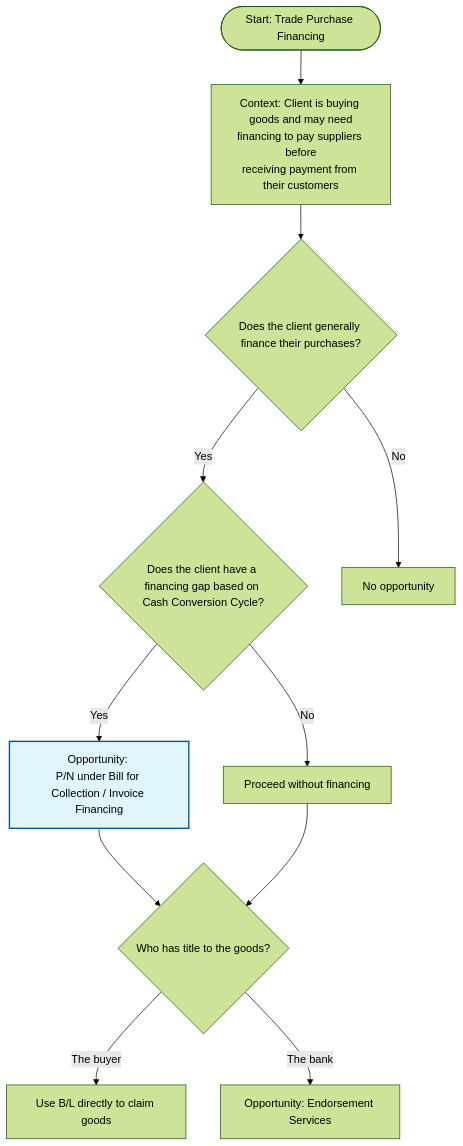
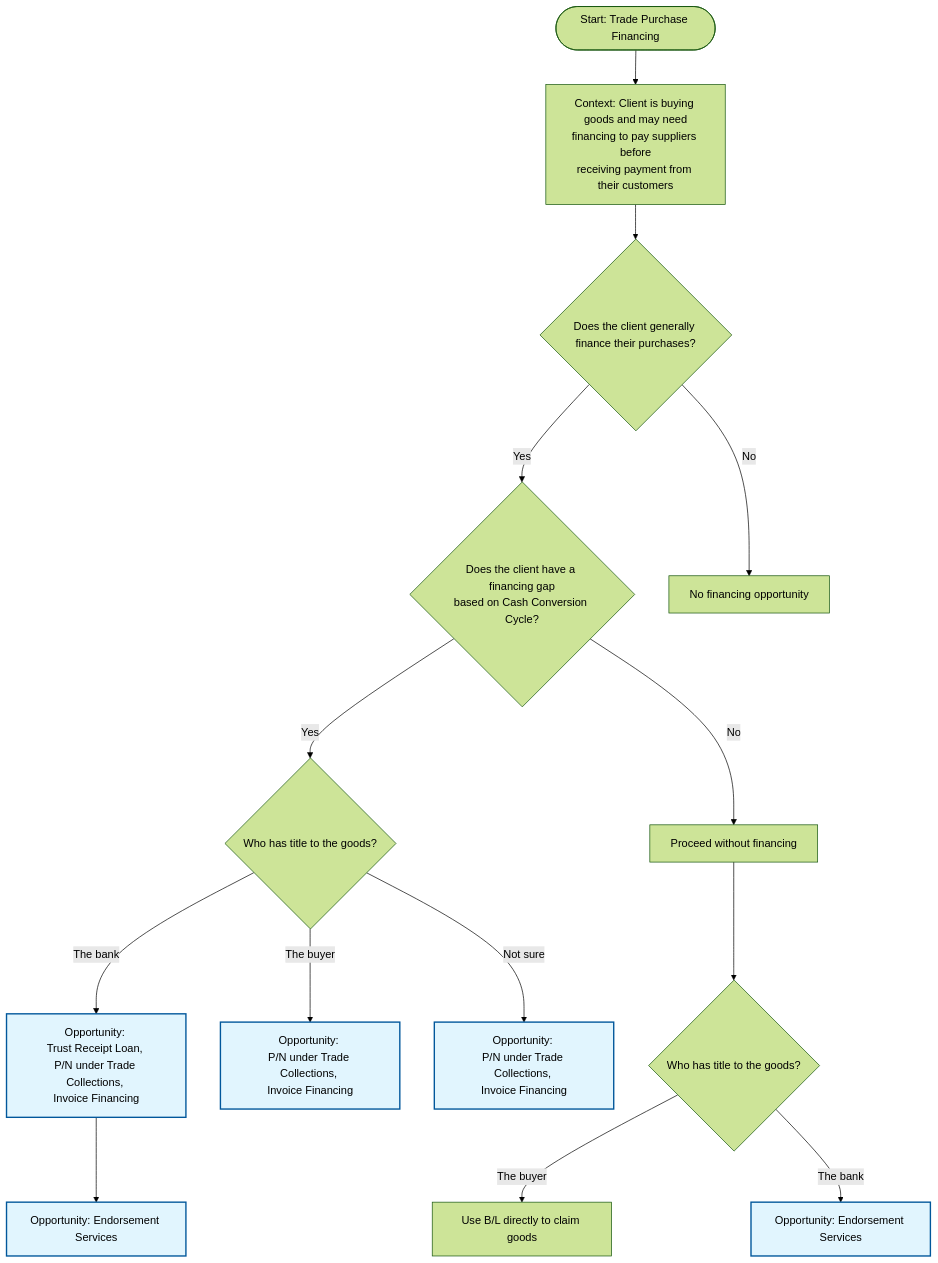
Before and after one commit to sage-develop/why: the diagram in tvc_decision_trees/collections_decision_trees/purchase_financing_tree.md, drawn with Mermaid (forest theme). The commit also changed 2 other files, not shown here.

Commit message:
fix 1st round

````diff
--- a/tvc_decision_trees/collections_decision_trees/purchase_financing_tree.md
+++ b/tvc_decision_trees/collections_decision_trees/purchase_financing_tree.md
@@ -19,20 +19,34 @@
 ```mermaid
 %% Trade Finance Collection Decision Tree
 
 flowchart TD
-    J{"Does the client have a financing gap based on Cash Conversion Cycle?"} -- Yes --> K["Opportunity: <br>P/N under Bill for Collection / Invoice Financing"]
+    A(["Start: Trade Purchase Financing"]) --> n1["Context: Client is buying goods and may need<br>financing to pay suppliers before<br>receiving payment from their customers"]
+    n1 --> n2["Does the client generally finance their purchases?"]
+    n2 -- Yes --> J["Does the client have a financing gap<br>based on Cash Conversion Cycle?"]
+    n2 -- No --> n3["No financing opportunity"]
+    J -- Yes --> n4["Who has title to the goods?"]
     J -- No --> L["Proceed without financing"]
-    K --> M{"Who has title to the goods?"}
-    L --> M
+    n4 -- The bank --> T@{ label: "<span style=\"background-color:\">Opportunity: <br>Trust Receipt Loan, <br>P/N under Trade Collections, <br>Invoice Financing</span>" }
+    n4 -- The buyer --> P1@{ label: "<span style=\"background-color:\">Opportunity: <br>P/N under </span>Trade Collections<span style=\"background-color:\">, <br>Invoice Financing</span>" }
+    n4 -- Not sure --> P2@{ label: "<span style=\"background-color:\">Opportunity: <br>P/N under Trade Collections, <br>Invoice Financing</span>" }
+    L --> M["Who has title to the goods?"]
     M -- The buyer --> N["Use B/L directly to claim goods"]
     M -- The bank --> O["Opportunity: Endorsement Services"]
-    A(["Start: Trade Purchase Financing"]) --> n1["Context: Client is buying goods and may need<br>financing to pay suppliers before<br>receiving payment from their customers"]
-    n1 --> n2["Does the client generally finance their purchases?"]
-    n2 -- Yes --> J
-    n2 -- No --> n3["No opportunity"]
+    T --> n5["Opportunity: Endorsement Services"]
 
     n2@{ shape: diam}
+    J@{ shape: diam}
     n3@{ shape: rect}
-     K:::productBox
+    n4@{ shape: diam}
+    T@{ shape: rect}
+    P1@{ shape: rect}
+    P2@{ shape: rect}
+    M@{ shape: diam}
+    n5@{ shape: rect}
+     T:::productBox
+     P1:::productBox
+     P2:::productBox
+     O:::productBox
+     n5:::productBox
     classDef productBox fill:#e1f5fe,stroke:#01579b,stroke-width:2px
 ```
````
